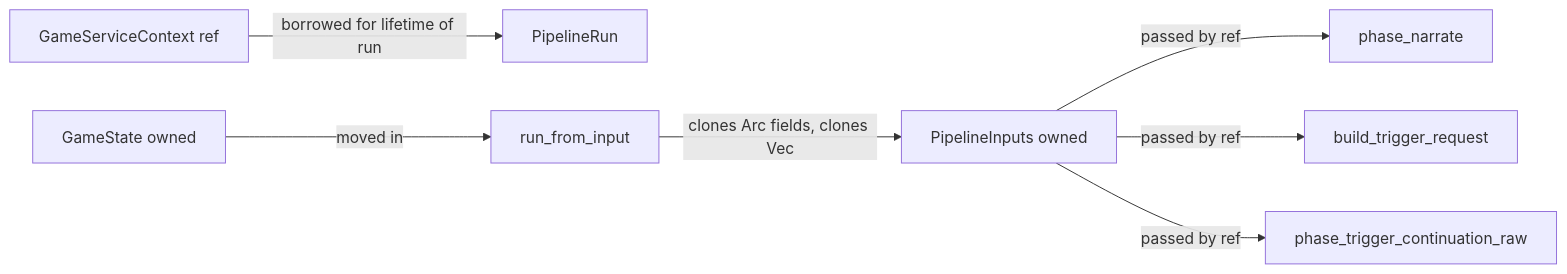
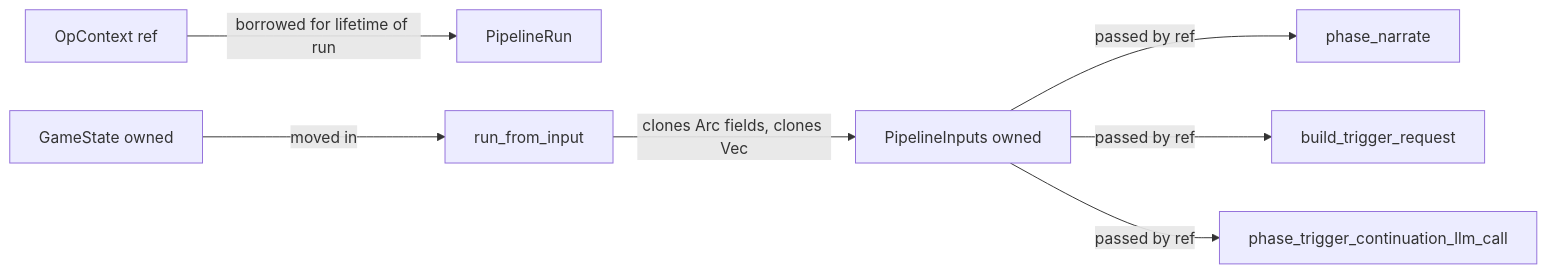
One commit to notsonormal/chronicler-engine changed the first of 2 diagrams in chronicler_engine/docs/system/action_pipeline.md. Above: the diagram before and after it, drawn with Mermaid. The commit also changed other lines of this file and 62 other files, not shown here.

````diff
--- a/chronicler_engine/docs/system/action_pipeline.md
+++ b/chronicler_engine/docs/system/action_pipeline.md
@@ -28,9 +28,9 @@
 ```mermaid
 flowchart LR
-    A[GameServiceContext ref] -->|borrowed for lifetime of run| R[PipelineRun]
+    A[OpContext ref] -->|borrowed for lifetime of run| R[PipelineRun]
     B[GameState owned] -->|moved in| RF[run_from_input]
     RF -->|clones Arc fields, clones Vec| PI[PipelineInputs owned]
     PI -->|passed by ref| PN[phase_narrate]
     PI -->|passed by ref| BP[build_trigger_request]
-    PI -->|passed by ref| TC[phase_trigger_continuation_raw]
+    PI -->|passed by ref| TC[phase_trigger_continuation_llm_call]
 ```
````
